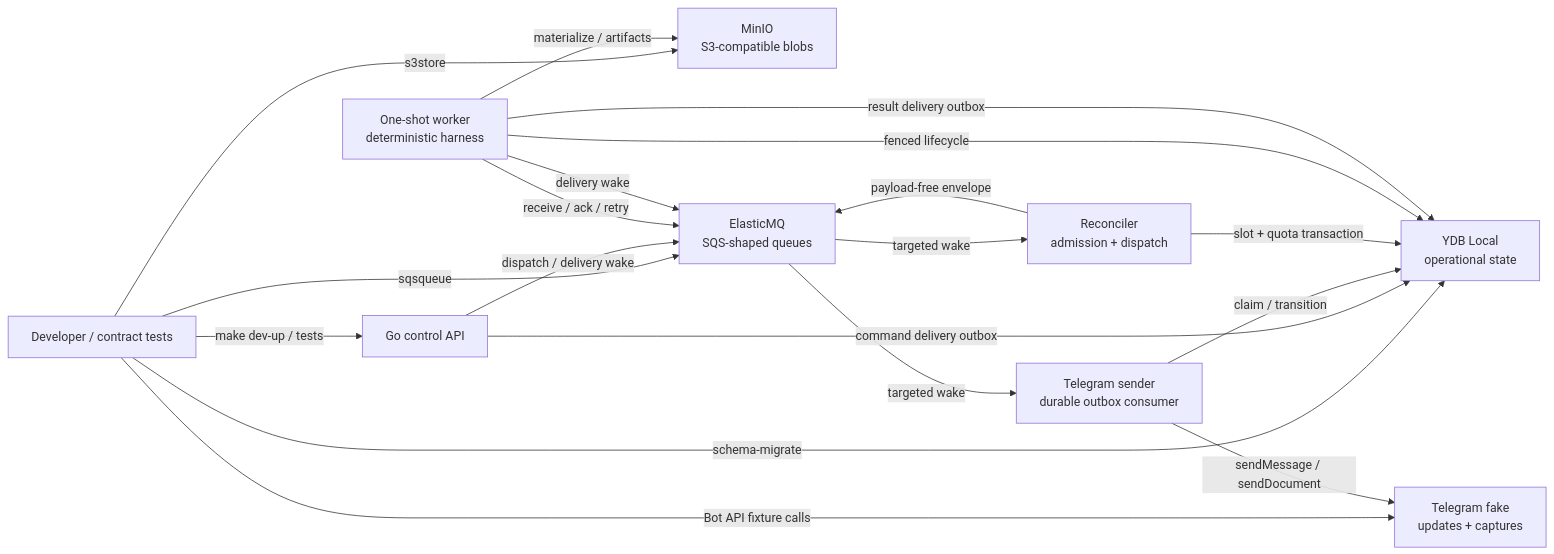
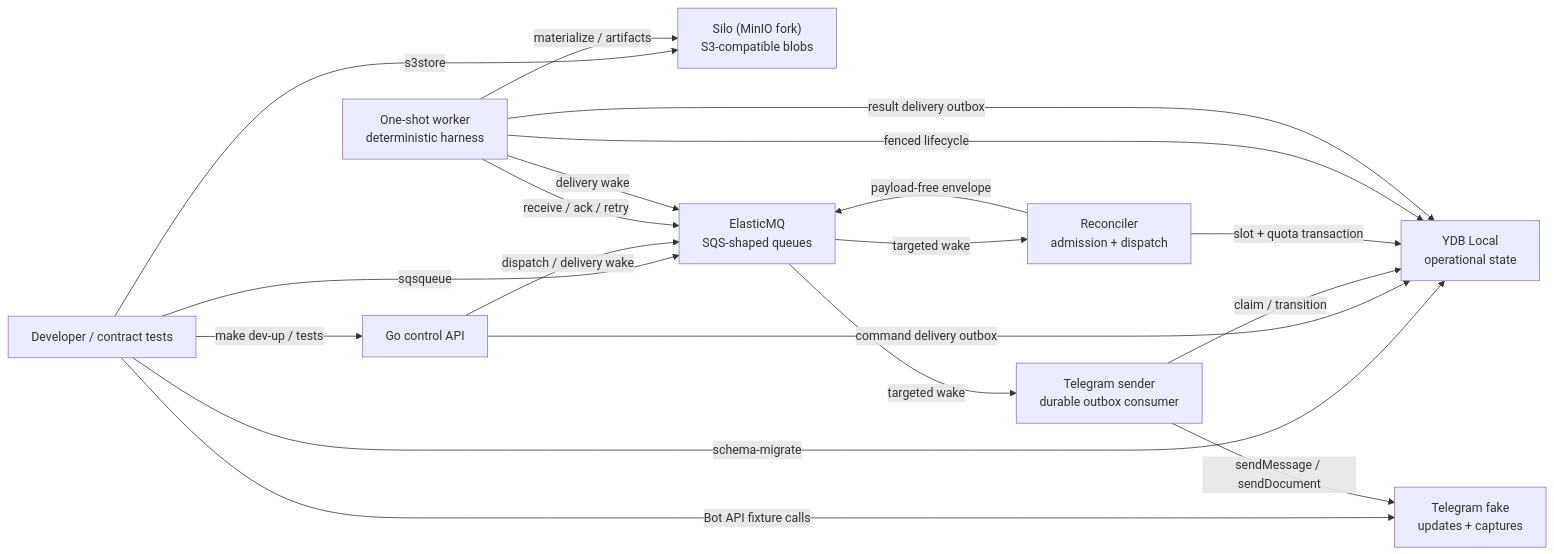
One commit to urandon/sessionless changed the diagram in docs/local-development-stand.md. Above: the diagram before and after it, drawn with Mermaid. The commit also changed other lines of this file and 5 other files, not shown here.

````diff
--- a/docs/local-development-stand.md
+++ b/docs/local-development-stand.md
@@ -14,31 +14,31 @@
 ```mermaid
 flowchart LR
     Developer["Developer / contract tests"]
     Control["Go control API"]
     YDB["YDB Local<br/>operational state"]
-    MinIO["MinIO<br/>S3-compatible blobs"]
+    MinIO["Silo (MinIO fork)<br/>S3-compatible blobs"]
     Queue["ElasticMQ<br/>SQS-shaped queues"]
     Telegram["Telegram fake<br/>updates + captures"]
     Sender["Telegram sender<br/>durable outbox consumer"]
     Reconciler["Reconciler<br/>admission + dispatch"]
     Worker["One-shot worker<br/>deterministic harness"]
 
     Developer -->|"make dev-up / tests"| Control
     Developer -->|"schema-migrate"| YDB
     Developer -->|"s3store"| MinIO
     Developer -->|"sqsqueue"| Queue
     Developer -->|"Bot API fixture calls"| Telegram
     Control -->|"command delivery outbox"| YDB
     Control -->|"dispatch / delivery wake"| Queue
     Queue -->|"targeted wake"| Sender
     Queue -->|"targeted wake"| Reconciler
     Sender -->|"claim / transition"| YDB
     Sender -->|"sendMessage / sendDocument"| Telegram
     Reconciler -->|"slot + quota transaction"| YDB
     Reconciler -->|"payload-free envelope"| Queue
     Worker -->|"receive / ack / retry"| Queue
     Worker -->|"fenced lifecycle"| YDB
     Worker -->|"materialize / artifacts"| MinIO
     Worker -->|"result delivery outbox"| YDB
     Worker -->|"delivery wake"| Queue
 ```
````
